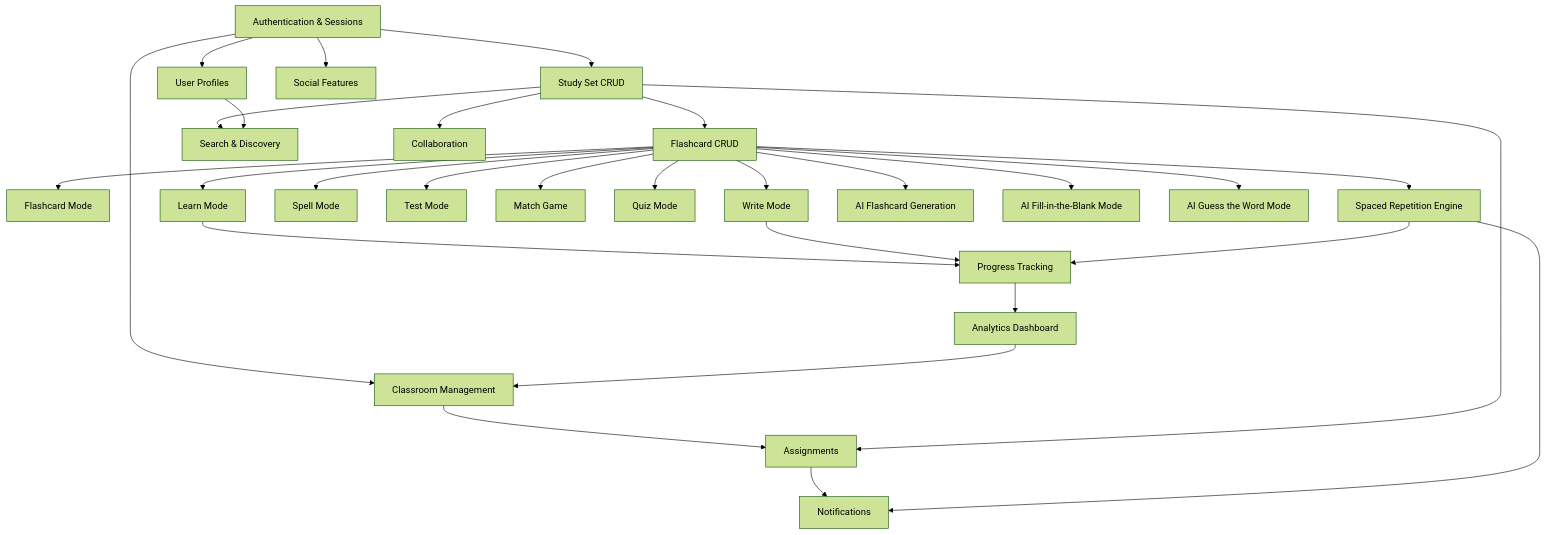
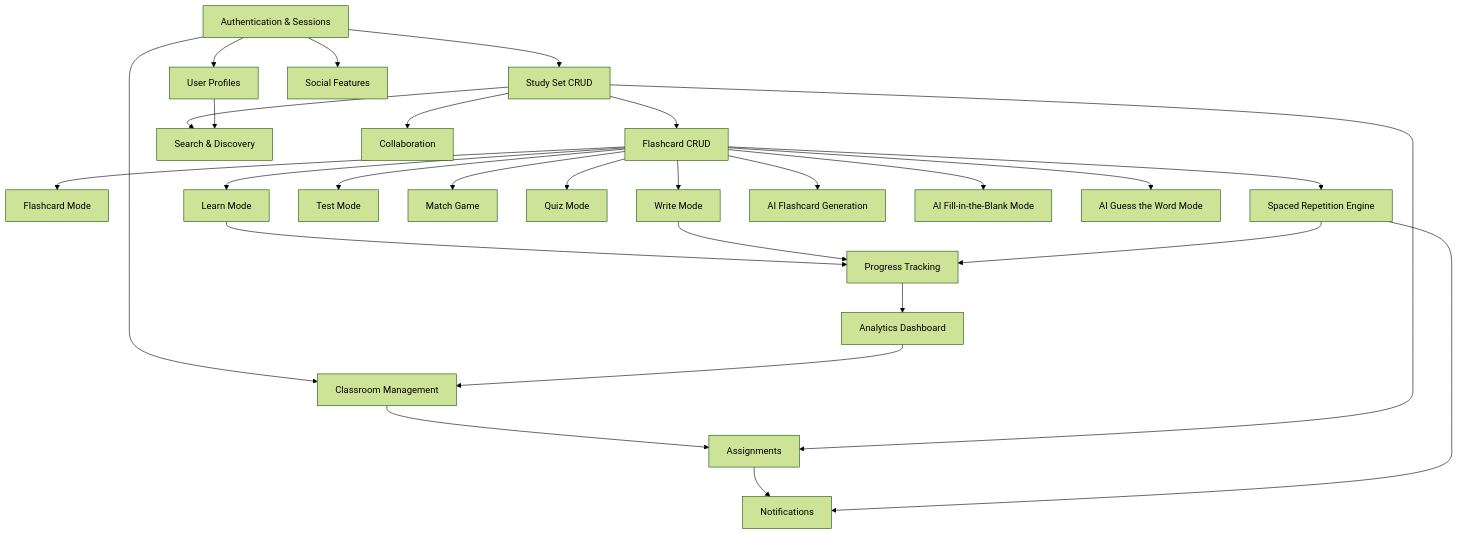
Before and after one commit to Imba-Team/app: the first of 4 diagrams in docs/Mimir_Roadmap_v1.md, drawn with Mermaid (forest theme). The commit also changed other lines of this file and 2 other files, not shown here.

Commit message:
upd: remove the spell mode from the documentation

````diff
--- a/docs/Mimir_Roadmap_v1.md
+++ b/docs/Mimir_Roadmap_v1.md
@@ -81,55 +81,53 @@
 ```mermaid
 graph TD
   AUTH[Authentication & Sessions]
   PROF[User Profiles]
   SETS[Study Set CRUD]
   CARDS[Flashcard CRUD]
   FLASH[Flashcard Mode]
   LEARN[Learn Mode]
   WRITE[Write Mode]
-  SPELL[Spell Mode]
   TEST[Test Mode]
   MATCH[Match Game]
   QUIZ[Quiz Mode]
   SRS[Spaced Repetition Engine]
   PROG[Progress Tracking]
   AIGEN[AI Flashcard Generation]
   AIFIB[AI Fill-in-the-Blank Mode]
   AIGW[AI Guess the Word Mode]
   SEARCH[Search & Discovery]
   CLASS[Classroom Management]
   ASSIGN[Assignments]
   NOTIF[Notifications]
   ANAL[Analytics Dashboard]
   COLLAB[Collaboration]
   SOCIAL[Social Features]
 
   AUTH --> PROF
   AUTH --> SETS
   AUTH --> CLASS
   SETS --> CARDS
   CARDS --> FLASH
   CARDS --> LEARN
   CARDS --> WRITE
-  CARDS --> SPELL
   CARDS --> TEST
   CARDS --> MATCH
   CARDS --> QUIZ
   CARDS --> SRS
   CARDS --> AIGEN
   CARDS --> AIFIB
   CARDS --> AIGW
   LEARN --> PROG
   WRITE --> PROG
   SRS --> PROG
   PROG --> ANAL
   CLASS --> ASSIGN
   SETS --> ASSIGN
   ASSIGN --> NOTIF
   SRS --> NOTIF
   SETS --> SEARCH
   PROF --> SEARCH
   SETS --> COLLAB
   AUTH --> SOCIAL
   ANAL --> CLASS
 ```
````
